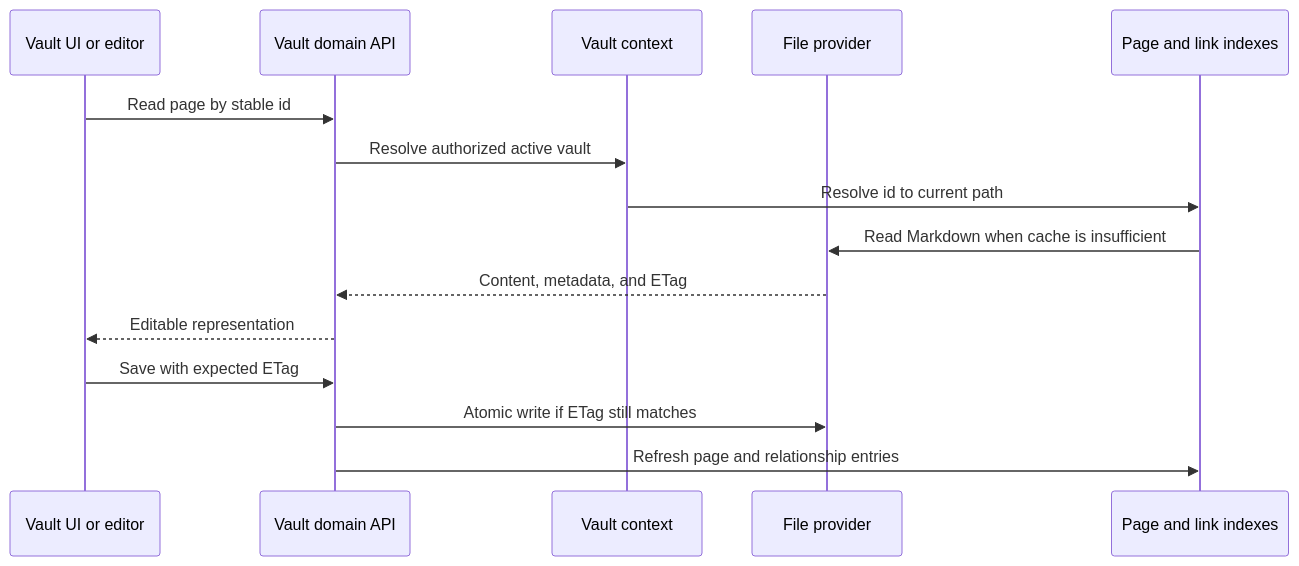
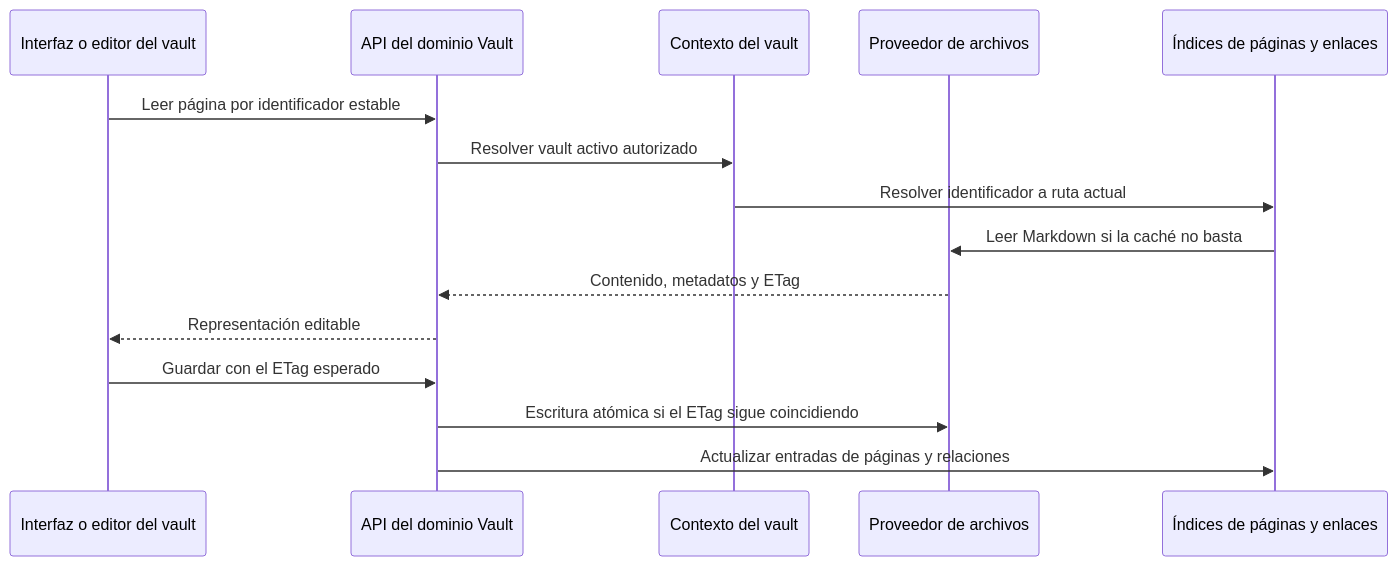
The diagram in docs/engineering-es/domains/vault-files.md (ismigar/Gnosi), drawn with Mermaid before and after one commit. The commit also changed other lines of this file and 96 other files, not shown here.

````diff
--- a/docs/engineering-es/domains/vault-files.md
+++ b/docs/engineering-es/domains/vault-files.md
@@ -81,17 +81,17 @@
 ```mermaid
 sequenceDiagram
-    participant UI as Vault UI or editor
-    participant R as Vault domain API
-    participant C as Vault context
-    participant F as File provider
-    participant I as Page and link indexes
-    UI->>R: Read page by stable id
-    R->>C: Resolve authorized active vault
-    C->>I: Resolve id to current path
-    I->>F: Read Markdown when cache is insufficient
-    F-->>R: Content, metadata, and ETag
-    R-->>UI: Editable representation
-    UI->>R: Save with expected ETag
-    R->>F: Atomic write if ETag still matches
-    R->>I: Refresh page and relationship entries
+    participant UI as Interfaz o editor del vault
+    participant R as API del dominio Vault
+    participant C as Contexto del vault
+    participant F as Proveedor de archivos
+    participant I as Índices de páginas y enlaces
+    UI->>R: Leer página por identificador estable
+    R->>C: Resolver vault activo autorizado
+    C->>I: Resolver identificador a ruta actual
+    I->>F: Leer Markdown si la caché no basta
+    F-->>R: Contenido, metadatos y ETag
+    R-->>UI: Representación editable
+    UI->>R: Guardar con el ETag esperado
+    R->>F: Escritura atómica si el ETag sigue coincidiendo
+    R->>I: Actualizar entradas de páginas y relaciones
 ```
````
